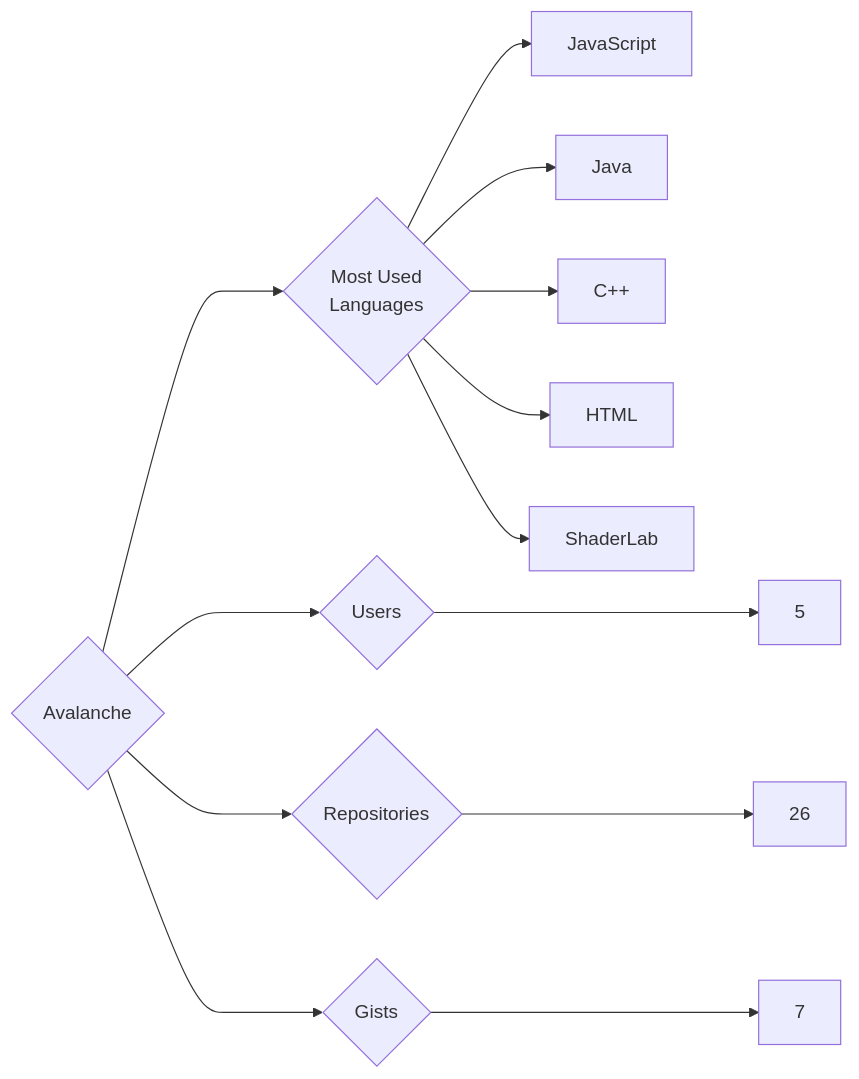
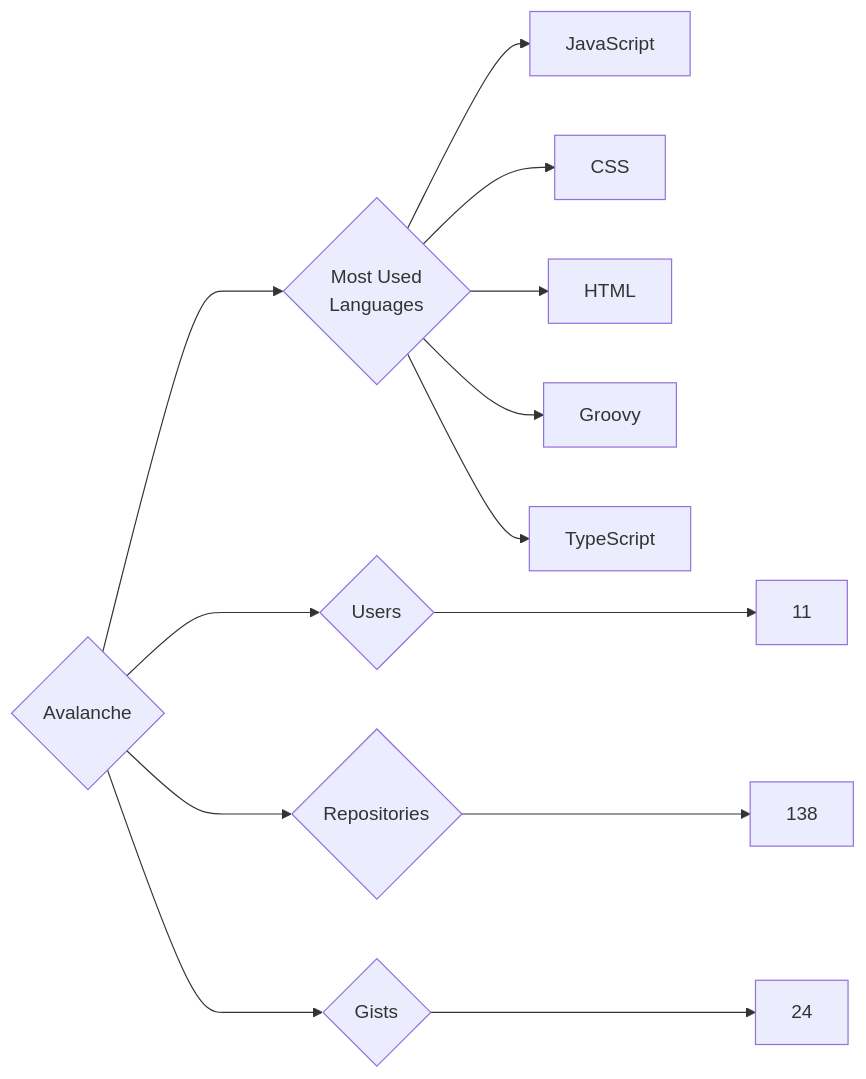
One commit to trickest/insiders changed the diagram in targets/Avalanche/README.md. Above: the diagram before and after it, drawn with Mermaid. The commit also changed 880 other files, not shown here.

````diff
--- a/targets/Avalanche/README.md
+++ b/targets/Avalanche/README.md
@@ -3,13 +3,13 @@
 ```mermaid
 graph LR
 COMPANY_NAME{Avalanche}
-COMPANY_NAME ---> U{Users} ---> UN[5]
-COMPANY_NAME ---> R{Repositories} ---> RN[26]
-COMPANY_NAME ---> G{Gists} ---> GN[7]
+COMPANY_NAME ---> U{Users} ---> UN[11]
+COMPANY_NAME ---> R{Repositories} ---> RN[138]
+COMPANY_NAME ---> G{Gists} ---> GN[24]
 COMPANY_NAME ---> ML{Most Used<br>Languages}
 ML --> JavaScript[JavaScript]
-ML --> Java[Java]
-ML --> C++[C++]
+ML --> CSS[CSS]
 ML --> HTML[HTML]
-ML --> ShaderLab[ShaderLab]
+ML --> Groovy[Groovy]
+ML --> TypeScript[TypeScript]
 ```
````
